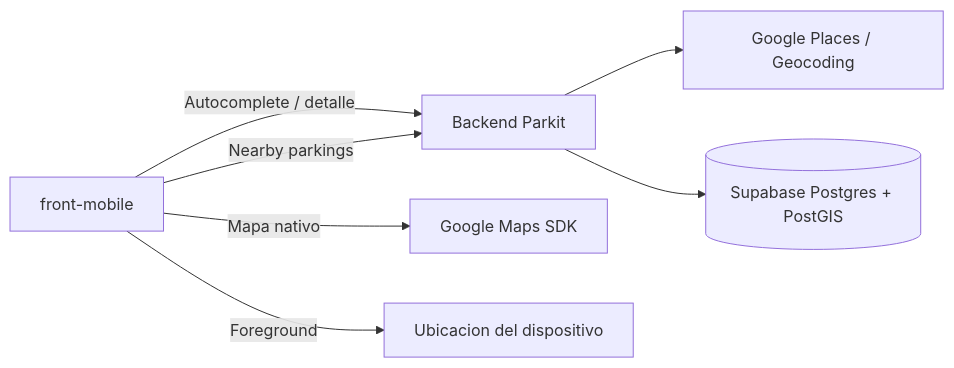
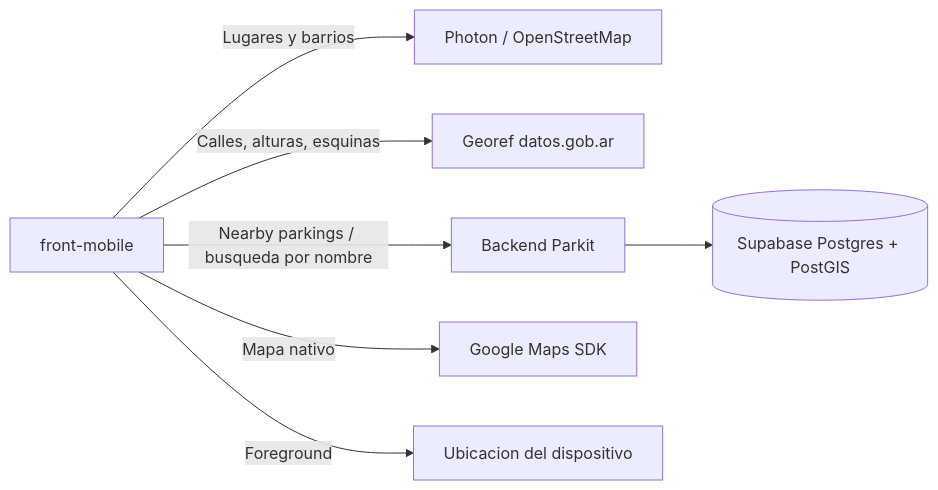
One commit to parkit-now/front-mobile changed the second of 2 diagrams in docs/map-discovery/mvp-decisions.md. Above: the diagram before and after it, drawn with Mermaid. The commit also changed other lines of this file, not shown here.

Commit message:
docs(mobile): búsqueda de destinos con Photon y Georef en lugar de Google Places

````diff
--- a/docs/map-discovery/mvp-decisions.md
+++ b/docs/map-discovery/mvp-decisions.md
@@ -140,9 +140,9 @@
 ```mermaid
 flowchart LR
-  Mobile[front-mobile] -->|Autocomplete / detalle| Gateway[Backend Parkit]
-  Mobile -->|Nearby parkings| Gateway
+  Mobile[front-mobile] -->|Lugares y barrios| Photon[Photon / OpenStreetMap]
+  Mobile -->|Calles, alturas, esquinas| Georef[Georef datos.gob.ar]
+  Mobile -->|Nearby parkings / busqueda por nombre| Gateway[Backend Parkit]
   Mobile -->|Mapa nativo| Maps[Google Maps SDK]
   Mobile -->|Foreground| Location[Ubicacion del dispositivo]
-  Gateway --> Places[Google Places / Geocoding]
   Gateway --> DB[(Supabase Postgres + PostGIS)]
 ```
````
